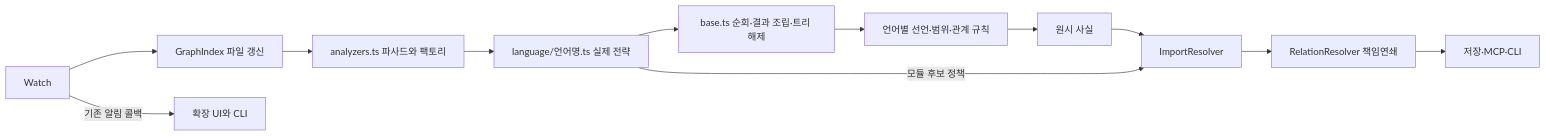
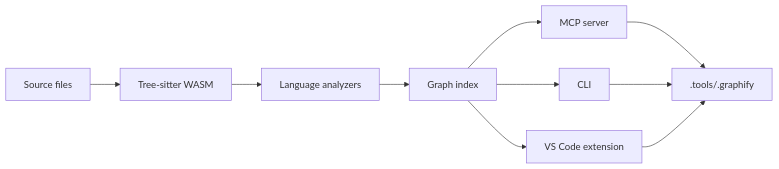
Before and after one commit to Jeon-JongChan/lightweight-graph-vscode: the diagram in README.md, drawn with Mermaid. The commit also changed other lines of this file and 36 other files, not shown here.

````diff
--- a/README.md
+++ b/README.md
@@ -252,14 +46,12 @@
 ```mermaid
 flowchart LR
-    W[Watch] --> F[GraphIndex 파일 갱신]
-    W -->|기존 알림 콜백| O[확장 UI와 CLI]
-    F --> A[analyzers.ts 파사드와 팩토리]
-    A --> L[language/언어명.ts 실제 전략]
-    L --> B[base.ts 순회·결과 조립·트리 해제]
-    B --> R[언어별 선언·범위·관계 규칙]
-    R --> G[원시 사실]
-    G --> I[ImportResolver]
-    L -->|모듈 후보 정책| I
-    I --> C[RelationResolver 책임연쇄]
-    C --> S[저장·MCP·CLI]
+    A[Source files] --> B[Tree-sitter WASM]
+    B --> C[Language analyzers]
+    C --> D[Graph index]
+    D --> E[MCP server]
+    D --> F[CLI]
+    D --> G[VS Code extension]
+    E --> H[.tools/.graphify]
+    F --> H
+    G --> H
 ```
````
